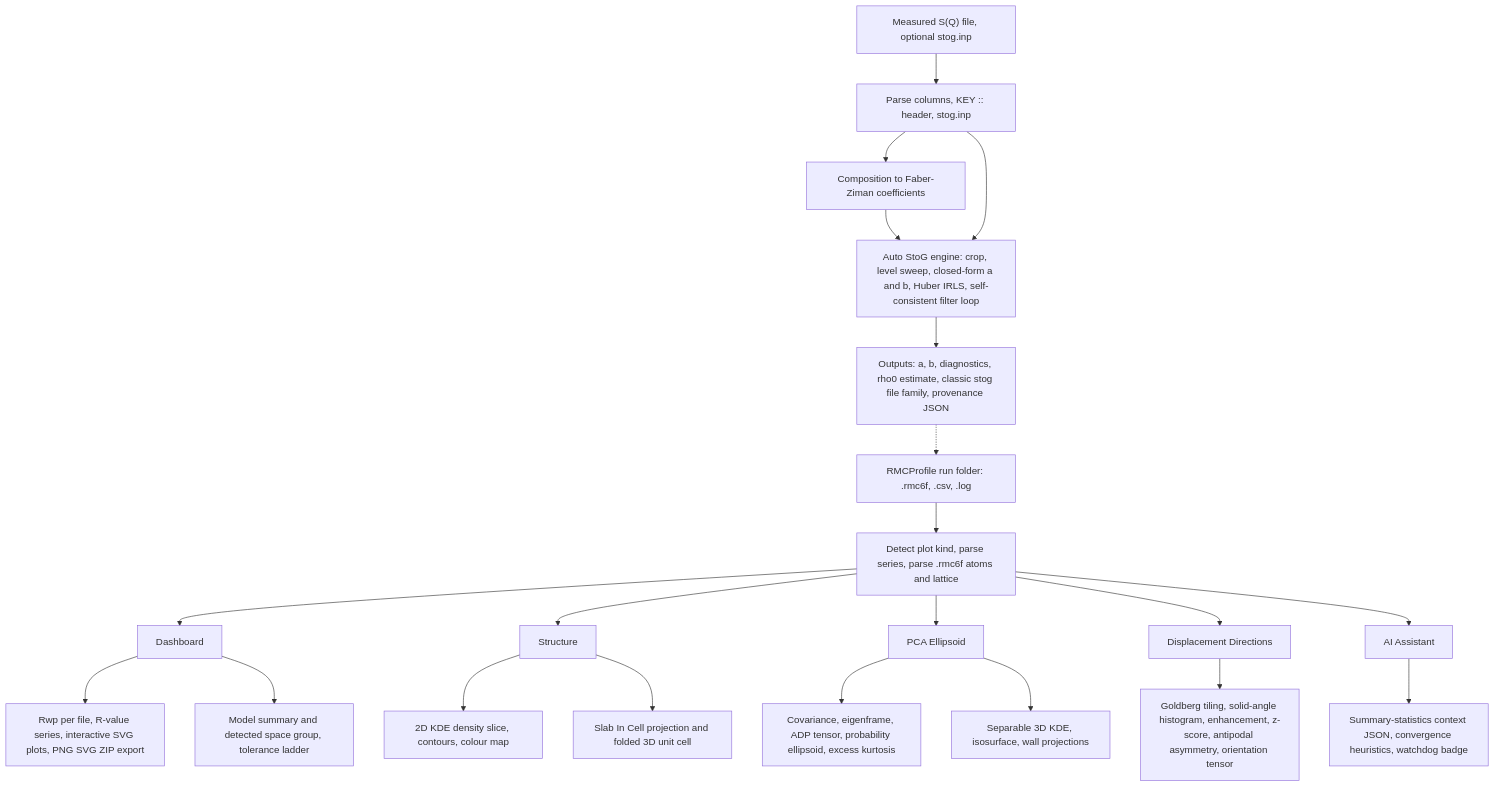
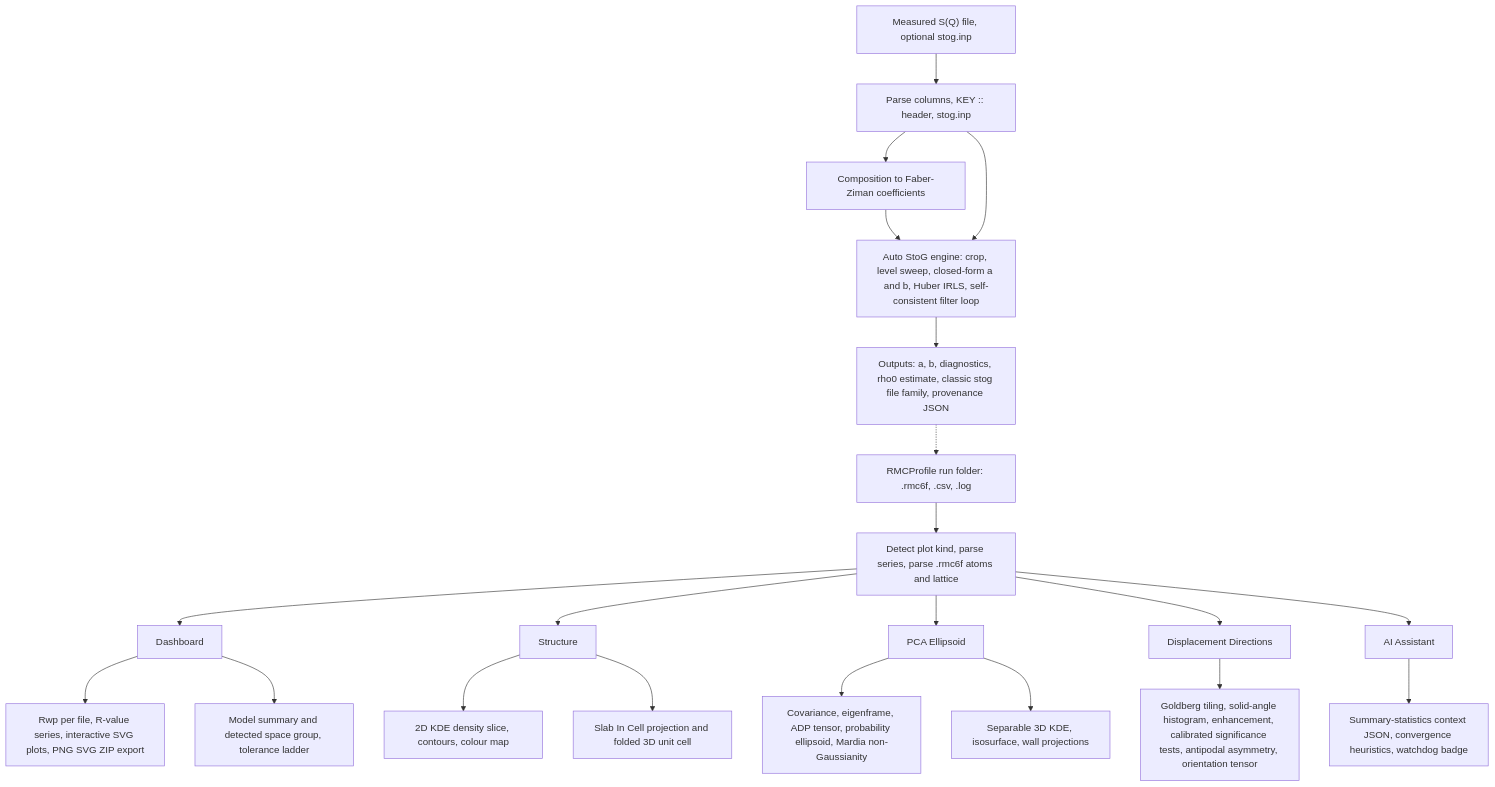
One commit to drthyang/rmc-toolkits changed the diagram in docs/ALGORITHMS.md. Above: the diagram before and after it, drawn with Mermaid. The commit also changed other lines of this file and 245 other files, not shown here.

````diff
--- a/docs/ALGORITHMS.md
+++ b/docs/ALGORITHMS.md
@@ -53,53 +53,53 @@
 ```mermaid
 flowchart TD
   SQ["Measured S(Q) file, optional stog.inp"]
   RUN["RMCProfile run folder: .rmc6f, .csv, .log"]
 
   PSQ["Parse columns, KEY :: header, stog.inp"]
   FZ["Composition to Faber-Ziman coefficients"]
   ENG["Auto StoG engine: crop, level sweep, closed-form a and b, Huber IRLS, self-consistent filter loop"]
   EXP["Outputs: a, b, diagnostics, rho0 estimate, classic stog file family, provenance JSON"]
 
   PRUN["Detect plot kind, parse series, parse .rmc6f atoms and lattice"]
 
   DASH["Dashboard"]
   MET["Rwp per file, R-value series, interactive SVG plots, PNG SVG ZIP export"]
   SYM["Model summary and detected space group, tolerance ladder"]
 
   STR["Structure"]
   KDE["2D KDE density slice, contours, colour map"]
   SLAB["Slab In Cell projection and folded 3D unit cell"]
 
   PCA["PCA Ellipsoid"]
-  ADP["Covariance, eigenframe, ADP tensor, probability ellipsoid, excess kurtosis"]
+  ADP["Covariance, eigenframe, ADP tensor, probability ellipsoid, Mardia non-Gaussianity"]
   VOL["Separable 3D KDE, isosurface, wall projections"]
 
   DIR["Displacement Directions"]
-  ORI["Goldberg tiling, solid-angle histogram, enhancement, z-score, antipodal asymmetry, orientation tensor"]
+  ORI["Goldberg tiling, solid-angle histogram, enhancement, calibrated significance tests, antipodal asymmetry, orientation tensor"]
 
   AI["AI Assistant"]
   CTX["Summary-statistics context JSON, convergence heuristics, watchdog badge"]
 
   SQ --> PSQ
   PSQ --> FZ
   FZ --> ENG
   PSQ --> ENG
   ENG --> EXP
   EXP -.-> RUN
 
   RUN --> PRUN
   PRUN --> DASH
   PRUN --> STR
   PRUN --> PCA
   PRUN --> DIR
   PRUN --> AI
 
   DASH --> MET
   DASH --> SYM
   STR --> KDE
   STR --> SLAB
   PCA --> ADP
   PCA --> VOL
   DIR --> ORI
   AI --> CTX
 ```
````
